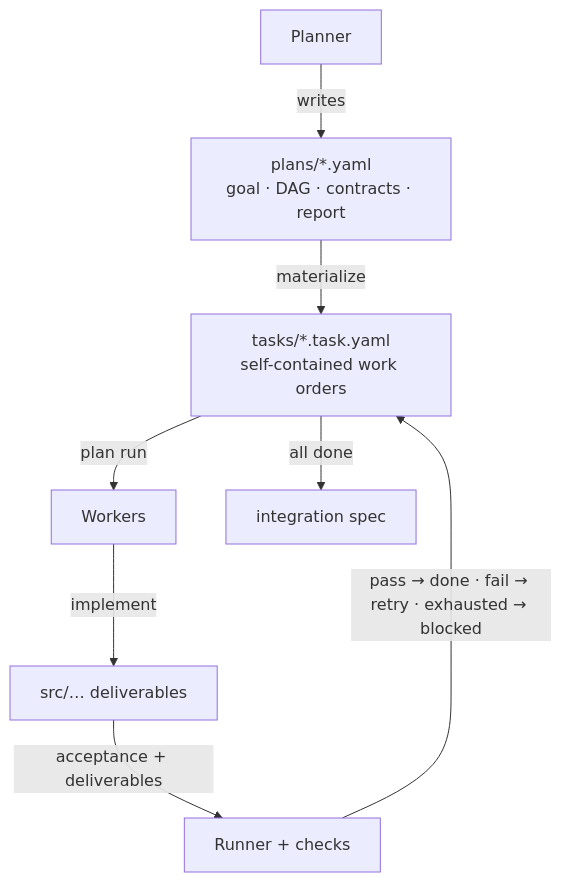
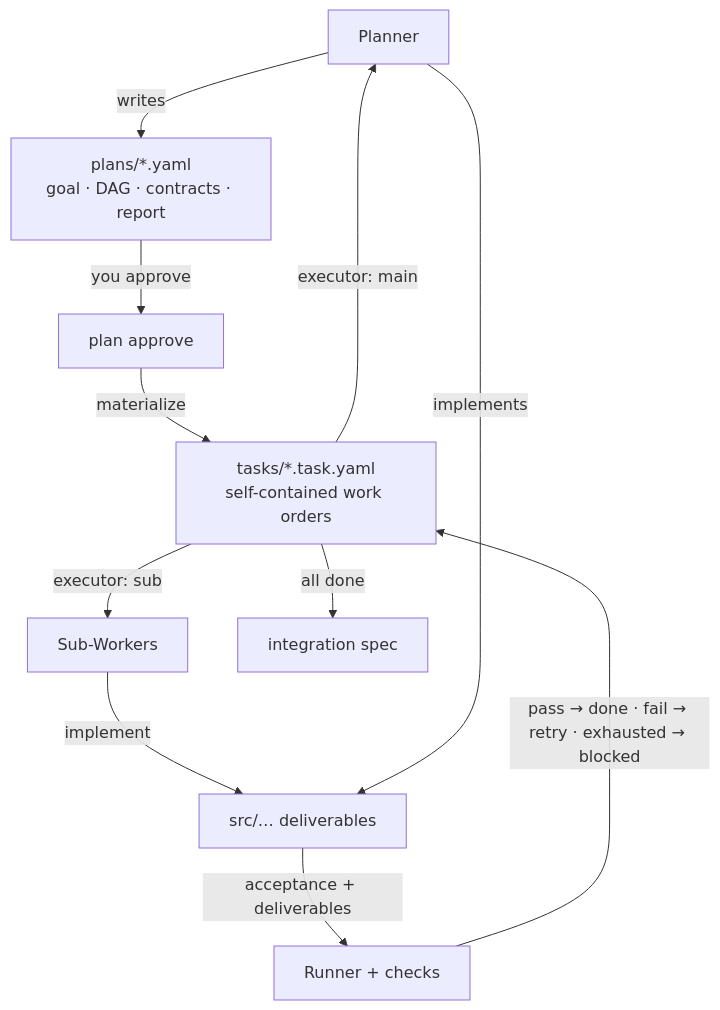
One commit to teasol/harness-template changed the second of 3 diagrams in README.md. Above: the diagram before and after it, drawn with Mermaid. The commit also changed other lines of this file and 30 other files, not shown here.

````diff
--- a/README.md
+++ b/README.md
@@ -369,10 +309,13 @@
 ```mermaid
 flowchart TD
     P["Planner"] -->|"writes"| PL["plans/*.yaml<br/>goal · DAG · contracts · report"]
-    PL -->|"materialize"| T["tasks/*.task.yaml<br/>self-contained work orders"]
-    T -->|"plan run"| W["Workers"]
+    PL -->|"you approve"| A["plan approve"]
+    A -->|"materialize"| T["tasks/*.task.yaml<br/>self-contained work orders"]
+    T -->|"executor: main"| P
+    T -->|"executor: sub"| W["Sub-Workers"]
     W -->|"implement"| S["src/… deliverables"]
+    P -->|"implements"| S
     S -->|"acceptance + deliverables"| H["Runner + checks"]
     H -->|"pass → done · fail → retry · exhausted → blocked"| T
     T -->|"all done"| I["integration spec"]
 ```
````
